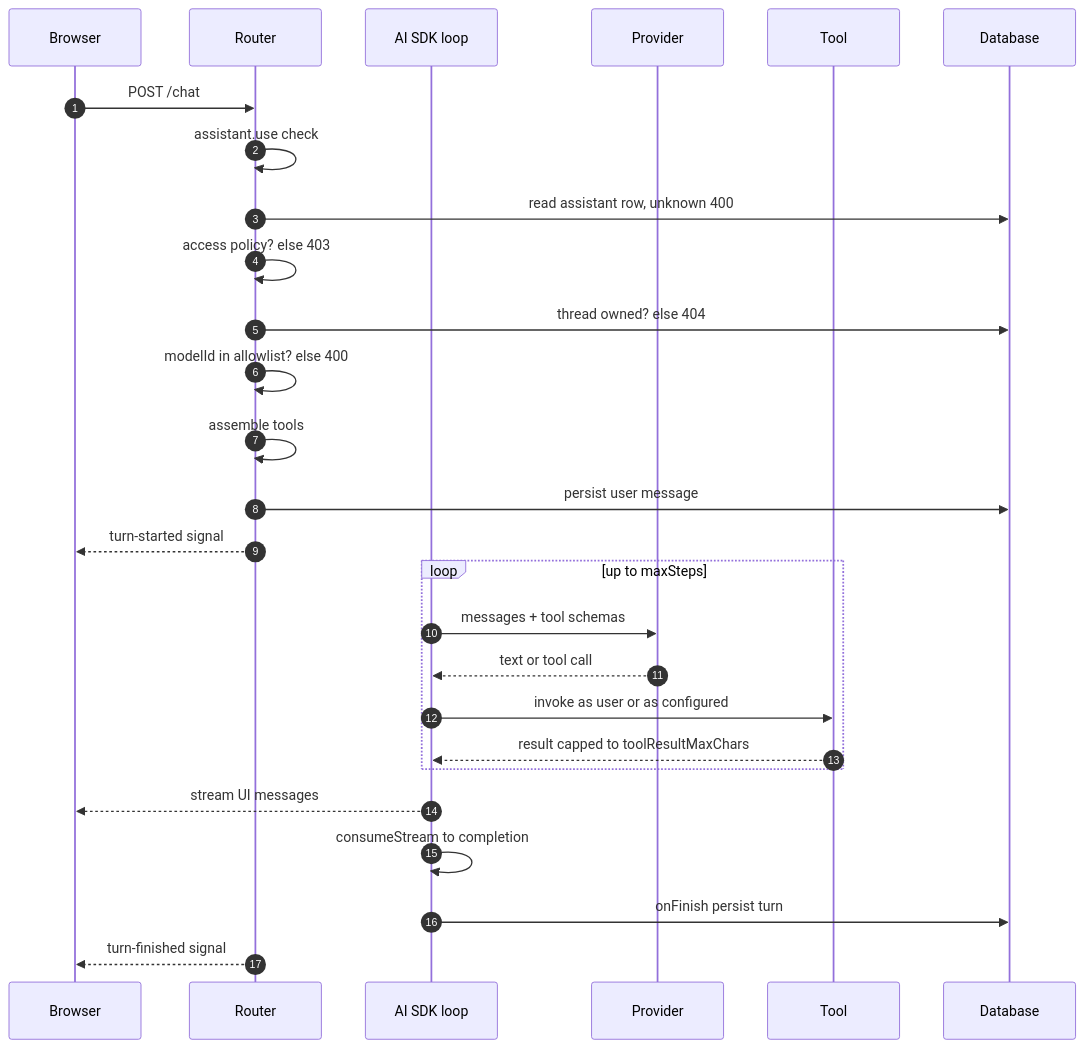
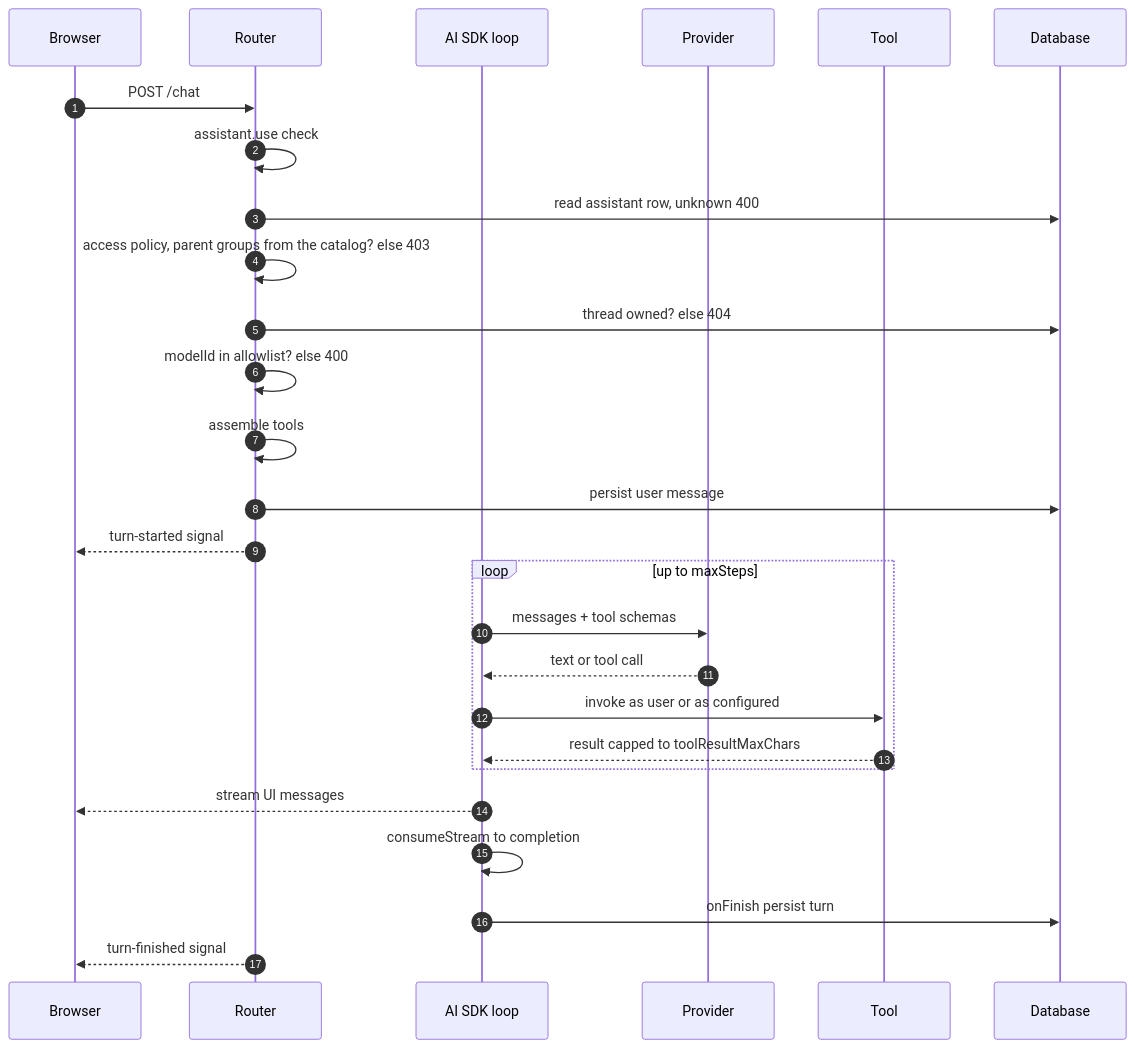
Before and after one commit to drewswiredin/backstage-assistants: the second of 10 diagrams in docs/architecture.md, drawn with Mermaid. The commit also changed other lines of this file and 2 other files, not shown here.

First line of the commit message:
docs: diagrams and maps for parent groups, the tool cache, and portal__navigate

````diff
--- a/docs/architecture.md
+++ b/docs/architecture.md
@@ -125,29 +130,29 @@
 ```mermaid
 sequenceDiagram
   autonumber
   participant B as Browser
   participant R as Router
   participant L as AI SDK loop
   participant P as Provider
   participant T as Tool
   participant D as Database
   B->>R: POST /chat
   R->>R: assistant.use check
   R->>D: read assistant row, unknown 400
-  R->>R: access policy? else 403
+  R->>R: access policy, parent groups from the catalog? else 403
   R->>D: thread owned? else 404
   R->>R: modelId in allowlist? else 400
   R->>R: assemble tools
   R->>D: persist user message
   R-->>B: turn-started signal
   loop up to maxSteps
     L->>P: messages + tool schemas
     P-->>L: text or tool call
     L->>T: invoke as user or as configured
     T-->>L: result capped to toolResultMaxChars
   end
   L-->>B: stream UI messages
   L->>L: consumeStream to completion
   L->>D: onFinish persist turn
   R-->>B: turn-finished signal
 ```
````
